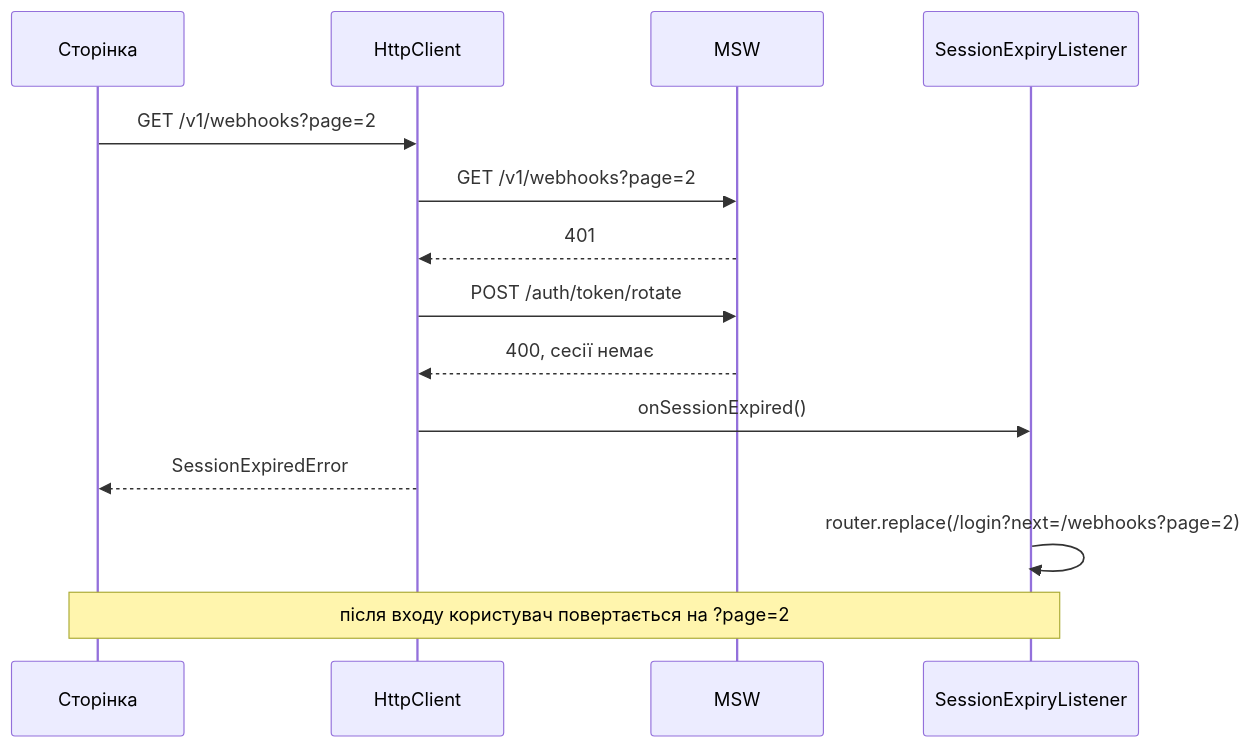
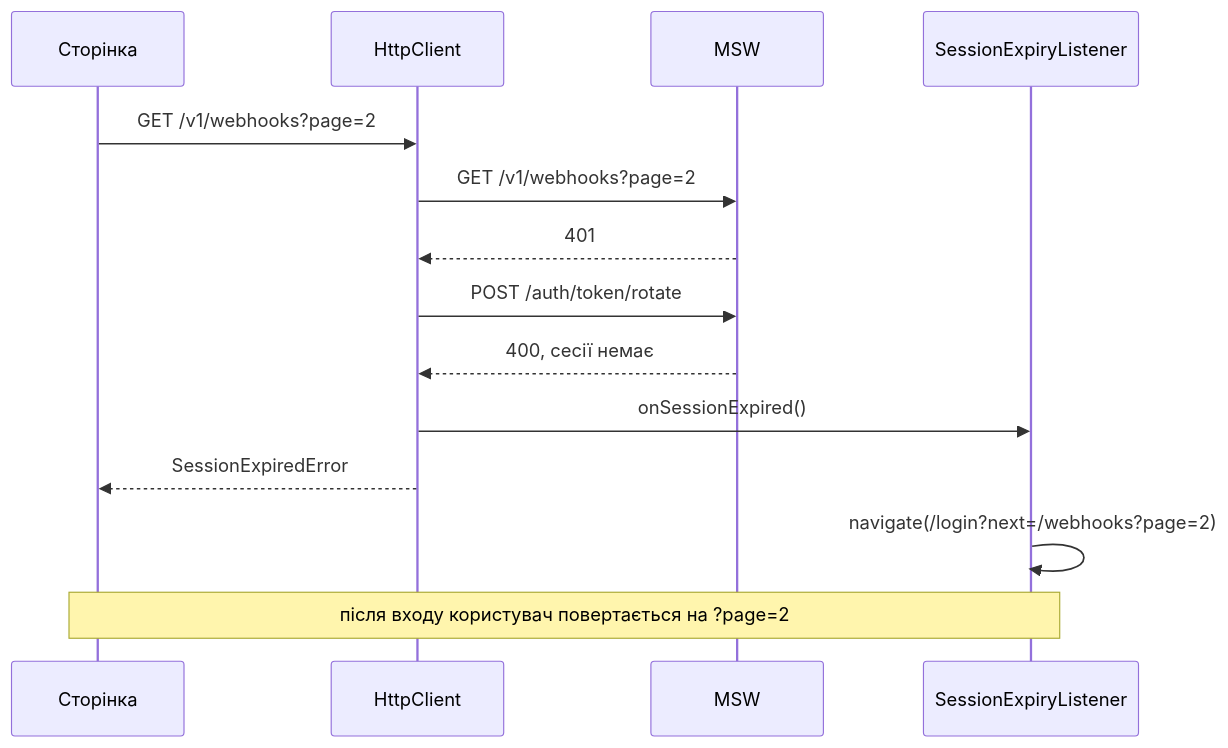
One commit to bogdanteren4un/webhook-app changed the third of 3 diagrams in README.md. Above: the diagram before and after it, drawn with Mermaid. The commit also changed other lines of this file, not shown here.

````diff
--- a/README.md
+++ b/README.md
@@ -136,16 +136,16 @@
 ```mermaid
 sequenceDiagram
   participant P as Сторінка
   participant C as HttpClient
   participant M as MSW
   participant L as SessionExpiryListener
   P->>C: GET /v1/webhooks?page=2
   C->>M: GET /v1/webhooks?page=2
   M-->>C: 401
   C->>M: POST /auth/token/rotate
   M-->>C: 400, сесії немає
   C->>L: onSessionExpired()
   C-->>P: SessionExpiredError
-  L->>L: router.replace(/login?next=/webhooks?page=2)
+  L->>L: navigate(/login?next=/webhooks?page=2)
   Note over P,L: після входу користувач повертається на ?page=2
 ```
````
